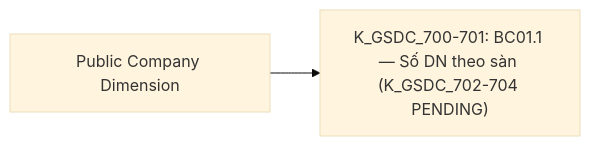
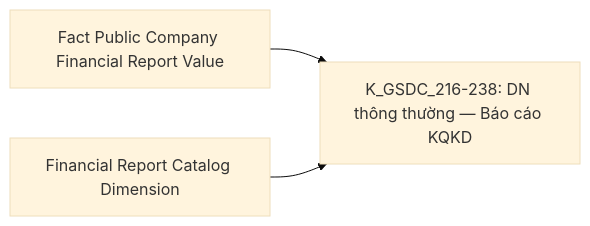
One commit to linhlvit/ubck_atomic_design changed diagram 24 of 40 in Datamart/hld/DTM_GSDC_HLD.md. Above: the diagram before and after it, drawn with Mermaid (base theme). The commit also changed other lines of this file and 3 other files, not shown here.

````diff
--- a/Datamart/hld/DTM_GSDC_HLD.md
+++ b/Datamart/hld/DTM_GSDC_HLD.md
@@ -2079,4 +1484,5 @@
 ```mermaid
 flowchart LR
-    public_company_dim["Public Company Dimension"] --> R40["K_GSDC_700-701: BC01.1 — Số DN theo sàn (K_GSDC_702-704 PENDING)"]
+    fct_pc_fr_val_g20["Fact Public Company Financial Report Value"] --> R20["K_GSDC_216-238: DN thông thường — Báo cáo KQKD"]
+    financial_rpt_catalog_dim_g20["Financial Report Catalog Dimension"] --> R20
 ```
````
